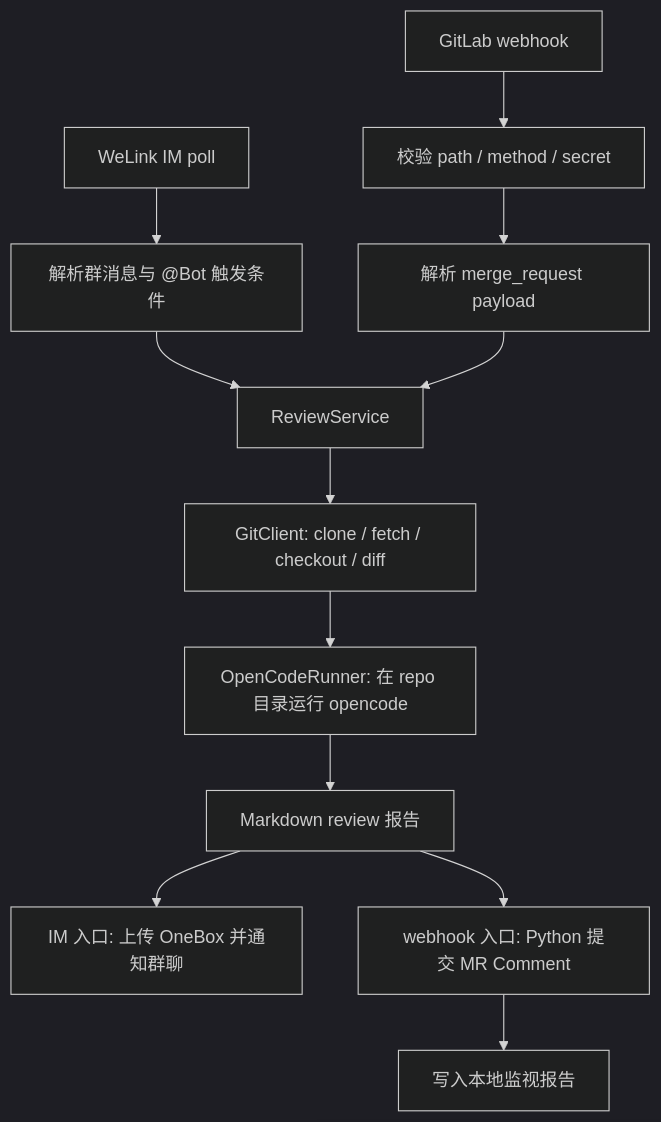
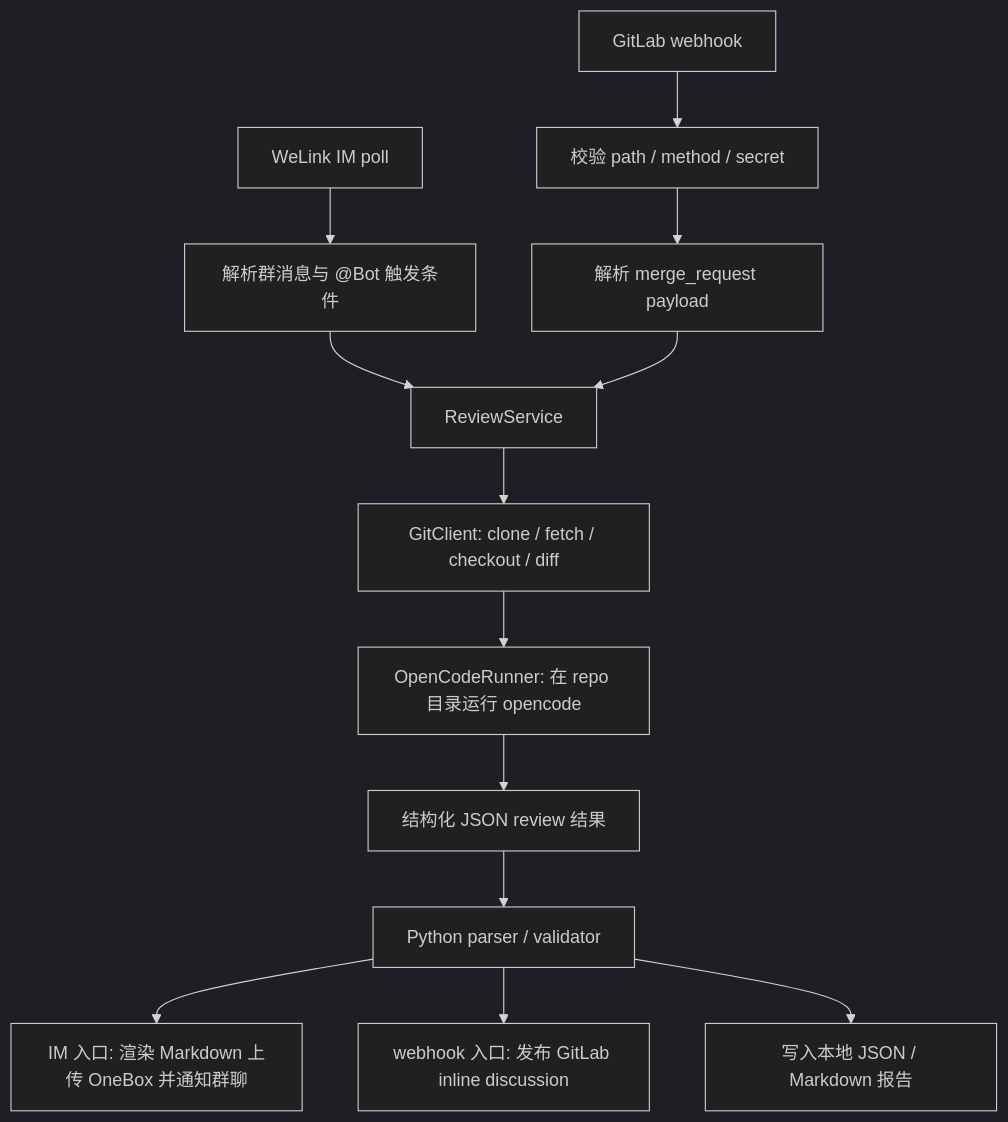
The first of 3 diagrams in docs/DESIGN.md (Faye-663/code-mr-reviewer), drawn with Mermaid (dark theme) before and after one commit. The commit also changed other lines of this file and 17 other files, not shown here.

First line of the commit message:
完成 Phase2 结构化 MR review 与 inline discussion (#4)

````diff
--- a/docs/DESIGN.md
+++ b/docs/DESIGN.md
@@ -7,14 +7,15 @@
 ```mermaid
 flowchart TD
     A["WeLink IM poll"] --> B["解析群消息与 @Bot 触发条件"]
     C["GitLab webhook"] --> D["校验 path / method / secret"]
     D --> E["解析 merge_request payload"]
     B --> F["ReviewService"]
     E --> F
     F --> G["GitClient: clone / fetch / checkout / diff"]
     G --> H["OpenCodeRunner: 在 repo 目录运行 opencode"]
-    H --> I["Markdown review 报告"]
-    I --> J["IM 入口: 上传 OneBox 并通知群聊"]
-    I --> K["webhook 入口: Python 提交 MR Comment"]
-    K --> L["写入本地监视报告"]
+    H --> I["结构化 JSON review 结果"]
+    I --> J["Python parser / validator"]
+    J --> K["IM 入口: 渲染 Markdown 上传 OneBox 并通知群聊"]
+    J --> L["webhook 入口: 发布 GitLab inline discussion"]
+    J --> M["写入本地 JSON / Markdown 报告"]
 ```
````
